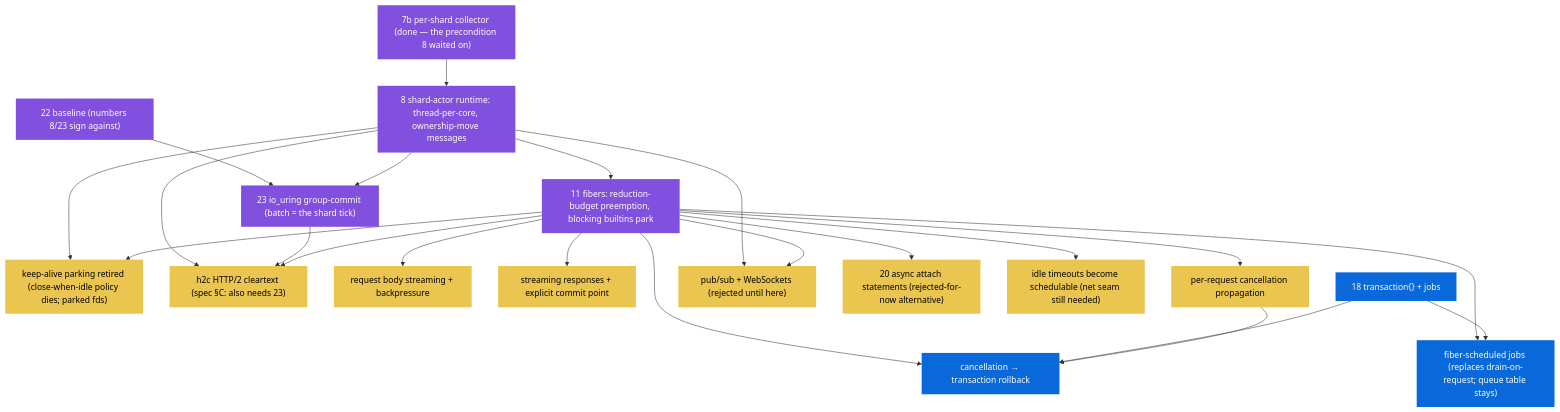
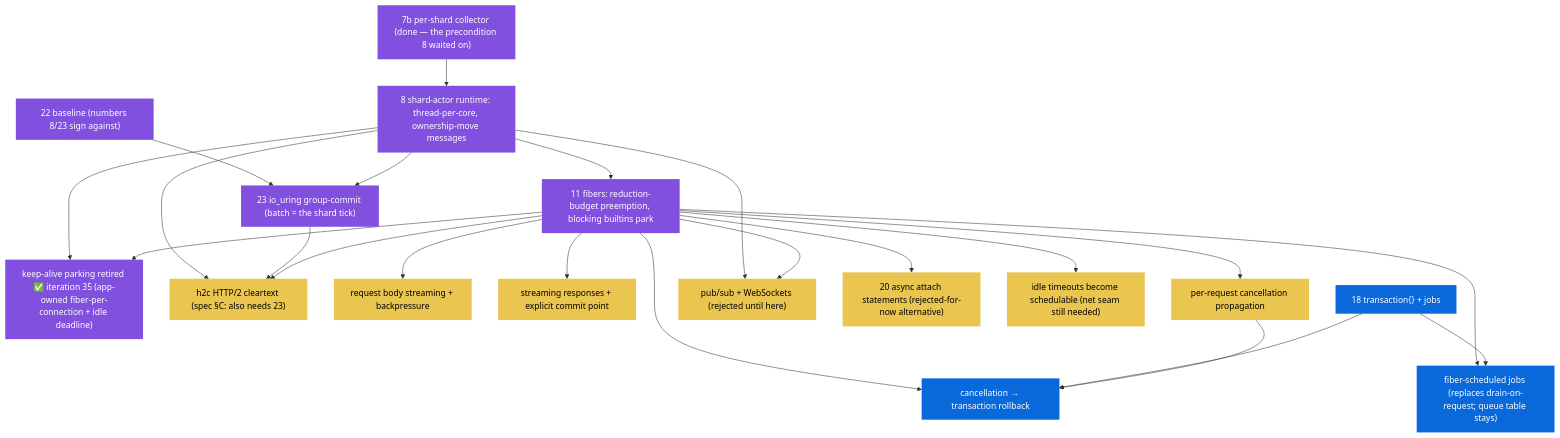
One commit to shoneyJ/writeonce changed the second of 4 diagrams in docs/00-dependency-graph.md. Above: the diagram before and after it, drawn with Mermaid. The commit also changed other lines of this file and 18 other files, not shown here.

````diff
--- a/docs/00-dependency-graph.md
+++ b/docs/00-dependency-graph.md
@@ -90,47 +90,47 @@
 ```mermaid
 flowchart TD
     classDef rt fill:#8250df,color:#fff,stroke:none
     classDef gated fill:#eac54f,color:#000,stroke:none
     classDef v2 fill:#0969da,color:#fff,stroke:none
 
     I7b2["7b per-shard collector (done — the precondition 8 waited on)"]:::rt
     I8x["8 shard-actor runtime: thread-per-core, ownership-move messages"]:::rt
     I9fx["23 io_uring group-commit (batch = the shard tick)"]:::rt
     I11x["11 fibers: reduction-budget preemption, blocking builtins park"]:::rt
     I9ex["22 baseline (numbers 8/23 sign against)"]:::rt
 
-    KEEPAL["keep-alive parking retired (close-when-idle policy dies; parked fds)"]:::gated
+    KEEPAL["keep-alive parking retired ✅ iteration 35 (app-owned fiber-per-connection + idle deadline)"]:::rt
     H2C2["h2c HTTP/2 cleartext (spec §C: also needs 23)"]:::gated
     STREAM2["request body streaming + backpressure"]:::gated
     SRESP2["streaming responses + explicit commit point"]:::gated
     CANCEL2["per-request cancellation propagation"]:::gated
     PUBSUB2["pub/sub + WebSockets (rejected until here)"]:::gated
     ASYNC9C["20 async attach statements (rejected-for-now alternative)"]:::gated
     TIMEOUTS2["idle timeouts become schedulable (net seam still needed)"]:::gated
 
     FIBJOBS2["fiber-scheduled jobs (replaces drain-on-request; queue table stays)"]:::v2
     CANCELRB["cancellation → transaction rollback"]:::v2
     I18x["18 transaction{} + jobs"]:::v2
 
     I7b2 --> I8x
     I9ex --> I9fx
     I8x --> I9fx
     I8x --> I11x
     I8x --> KEEPAL
     I11x --> KEEPAL
     I8x --> H2C2
     I9fx --> H2C2
     I11x --> H2C2
     I11x --> STREAM2
     I11x --> SRESP2
     I11x --> CANCEL2
     I8x --> PUBSUB2
     I11x --> PUBSUB2
     I11x --> ASYNC9C
     I11x --> TIMEOUTS2
     I11x --> FIBJOBS2
     I18x --> FIBJOBS2
     I11x --> CANCELRB
     I18x --> CANCELRB
     CANCEL2 --> CANCELRB
 ```
````
